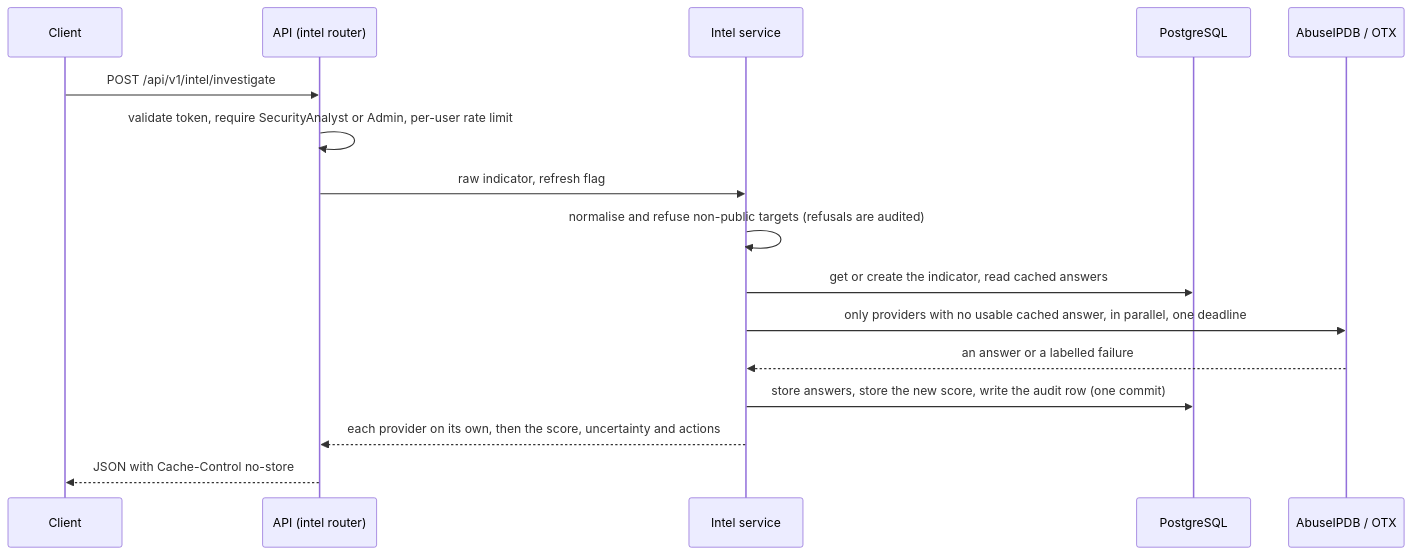
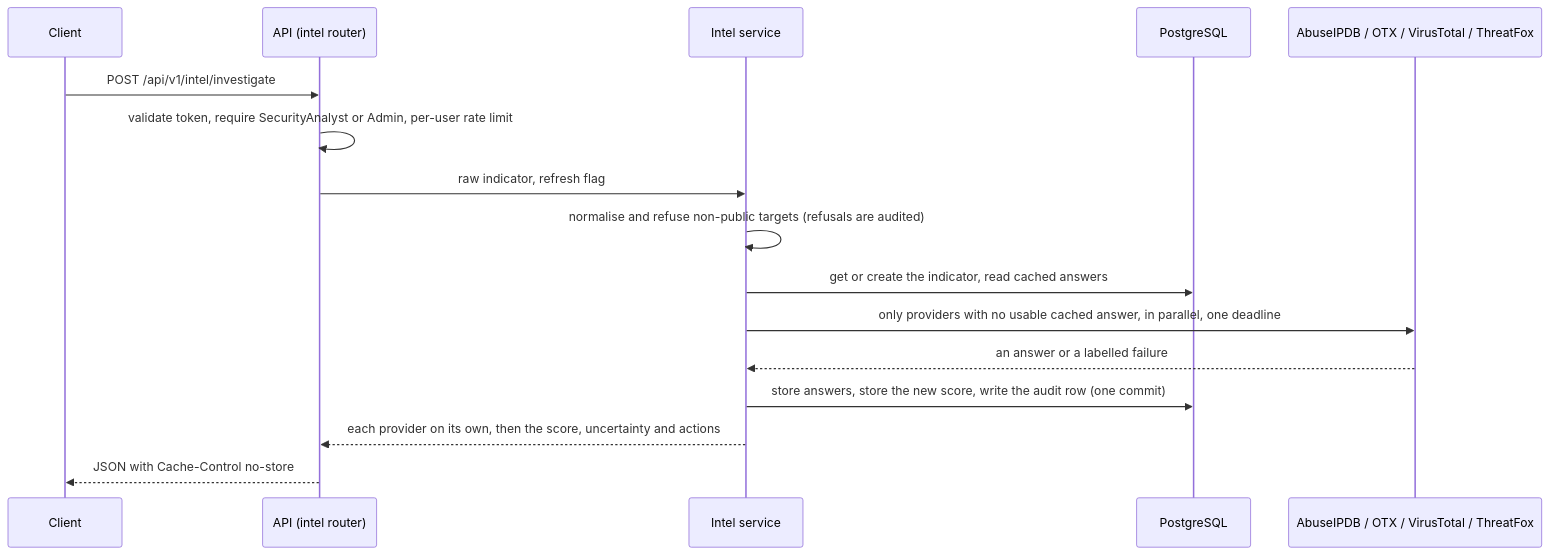
Before and after one commit to FireHeaven166114/CipherForge: the second of 5 diagrams in docs/architecture.md, drawn with Mermaid. The commit also changed other lines of this file and 18 other files, not shown here.

````diff
--- a/docs/architecture.md
+++ b/docs/architecture.md
@@ -33,18 +59,18 @@
 ```mermaid
 sequenceDiagram
     participant C as Client
     participant A as API (intel router)
     participant S as Intel service
     participant D as PostgreSQL
-    participant P as AbuseIPDB / OTX
+    participant P as AbuseIPDB / OTX / VirusTotal / ThreatFox
     C->>A: POST /api/v1/intel/investigate
     A->>A: validate token, require SecurityAnalyst or Admin, per-user rate limit
     A->>S: raw indicator, refresh flag
     S->>S: normalise and refuse non-public targets (refusals are audited)
     S->>D: get or create the indicator, read cached answers
     S->>P: only providers with no usable cached answer, in parallel, one deadline
     P-->>S: an answer or a labelled failure
     S->>D: store answers, store the new score, write the audit row (one commit)
     S-->>A: each provider on its own, then the score, uncertainty and actions
     A-->>C: JSON with Cache-Control no-store
 ```
````
